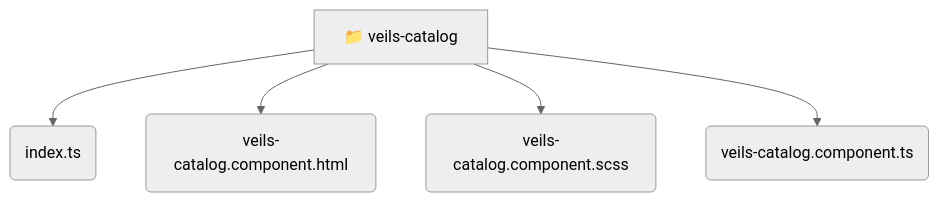
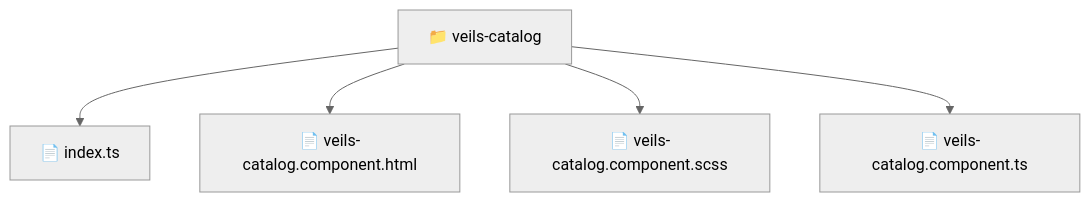
One commit to beginwebdev2002/fullstack-mavluda changed the diagram in frontend/src/pages/veils-catalog/README.md. Above: the diagram before and after it, drawn with Mermaid (neutral theme). The commit also changed other lines of this file and 163 other files, not shown here.

````diff
--- a/frontend/src/pages/veils-catalog/README.md
+++ b/frontend/src/pages/veils-catalog/README.md
@@ -11,8 +10,8 @@
 ```mermaid
 graph TD
-  veils_catalog[📁 veils-catalog]
-  veils_catalog --> veils_catalog_index_ts(index.ts)
-  veils_catalog --> veils_catalog_veils_catalog_component_html(veils-catalog.component.html)
-  veils_catalog --> veils_catalog_veils_catalog_component_scss(veils-catalog.component.scss)
-  veils_catalog --> veils_catalog_veils_catalog_component_ts(veils-catalog.component.ts)
+  Root["📁 veils-catalog"]
+  Root --> indexts["📄 index.ts"]
+  Root --> veilscatalogcomponenthtml["📄 veils-catalog.component.html"]
+  Root --> veilscatalogcomponentscss["📄 veils-catalog.component.scss"]
+  Root --> veilscatalogcomponentts["📄 veils-catalog.component.ts"]
 ```
````
